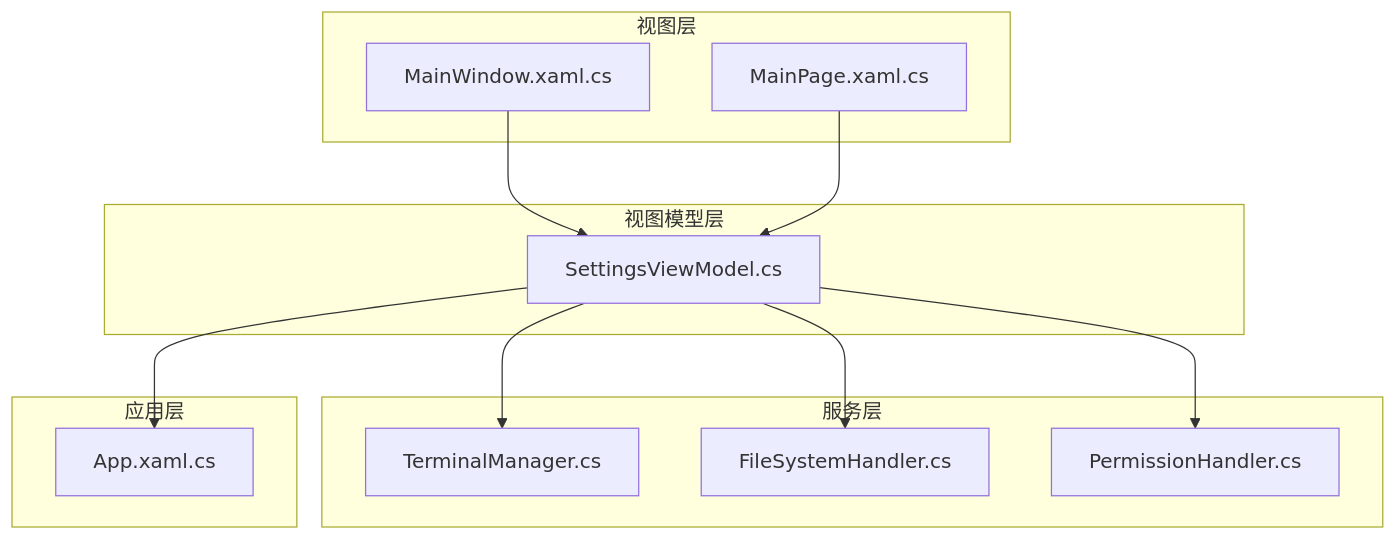
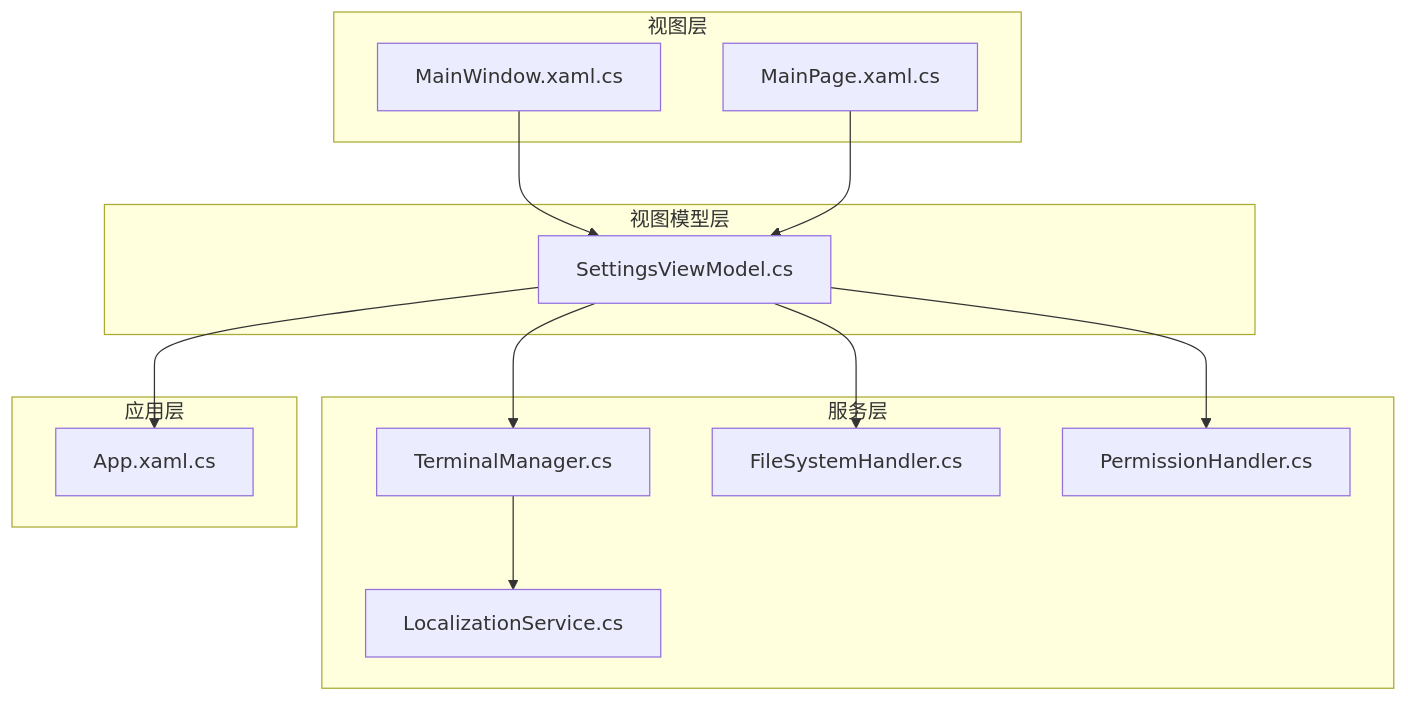
Before and after one commit to AgenticDesktop/App: the first of 5 diagrams in .qoder/repowiki/zh/content/终端管理.md, drawn with Mermaid. The commit also changed other lines of this file and 108 other files, not shown here.

````diff
--- a/.qoder/repowiki/zh/content/终端管理.md
+++ b/.qoder/repowiki/zh/content/终端管理.md
@@ -39,24 +51,26 @@
 ```mermaid
 graph TB
 subgraph "视图层"
 MW["MainWindow.xaml.cs"]
 MP["MainPage.xaml.cs"]
 end
 subgraph "视图模型层"
 SVM["SettingsViewModel.cs"]
 end
 subgraph "服务层"
 TM["TerminalManager.cs"]
+LS["LocalizationService.cs"]
 FSH["FileSystemHandler.cs"]
 PH["PermissionHandler.cs"]
 end
 subgraph "应用层"
 APP["App.xaml.cs"]
 end
 MW --> SVM
 MP --> SVM
 SVM --> TM
 SVM --> FSH
 SVM --> PH
 SVM --> APP
+TM --> LS
 ```
````
